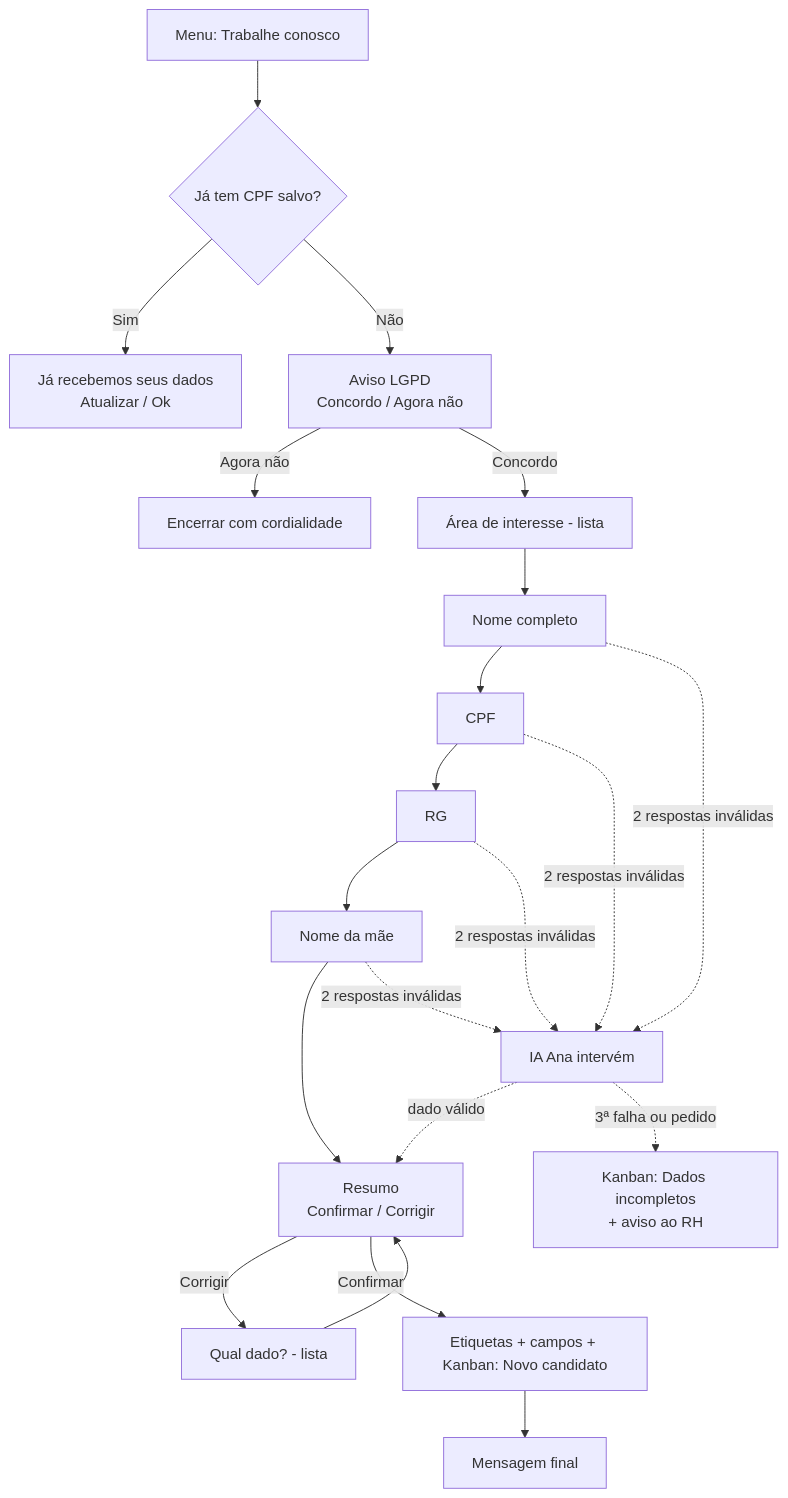
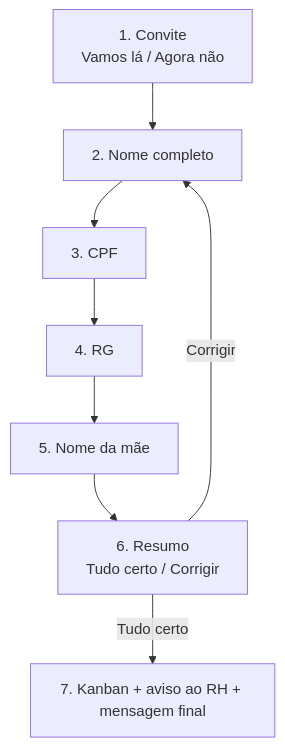
One commit to marketingperboniflv-lab/perboni changed the diagram in IA/BOTCONVERSA_FLUXOS_PERBONI.md. Above: the diagram before and after it, drawn with Mermaid. The commit also changed other lines of this file and 1 other file, not shown here.

First line of the commit message:
Simplify BotConversa candidate flow to 7 blocks and 4 Kanban columns

````diff
--- a/IA/BOTCONVERSA_FLUXOS_PERBONI.md
+++ b/IA/BOTCONVERSA_FLUXOS_PERBONI.md
@@ -45,19 +10,10 @@
 ```mermaid
 flowchart TD
-    A[Menu: Trabalhe conosco] --> B{Já tem CPF salvo?}
-    B -- Sim --> B1[Já recebemos seus dados<br/>Atualizar / Ok]
-    B -- Não --> C[Aviso LGPD<br/>Concordo / Agora não]
-    C -- Agora não --> Z[Encerrar com cordialidade]
-    C -- Concordo --> D[Área de interesse - lista]
-    D --> E[Nome completo]
-    E --> F[CPF]
-    F --> G[RG]
-    G --> H[Nome da mãe]
-    H --> I[Resumo<br/>Confirmar / Corrigir]
-    I -- Corrigir --> J[Qual dado? - lista] --> I
-    I -- Confirmar --> K[Etiquetas + campos + Kanban: Novo candidato]
-    K --> L[Mensagem final]
-    E & F & G & H -. 2 respostas inválidas .-> IA[IA Ana intervém]
-    IA -. dado válido .-> I
-    IA -. 3ª falha ou pedido .-> HUM[Kanban: Dados incompletos<br/>+ aviso ao RH]
+    A[1. Convite<br/>Vamos lá / Agora não] --> B[2. Nome completo]
+    B --> C[3. CPF]
+    C --> D[4. RG]
+    D --> E[5. Nome da mãe]
+    E --> F[6. Resumo<br/>Tudo certo / Corrigir]
+    F -- Corrigir --> B
+    F -- Tudo certo --> G[7. Kanban + aviso ao RH + mensagem final]
 ```
````
